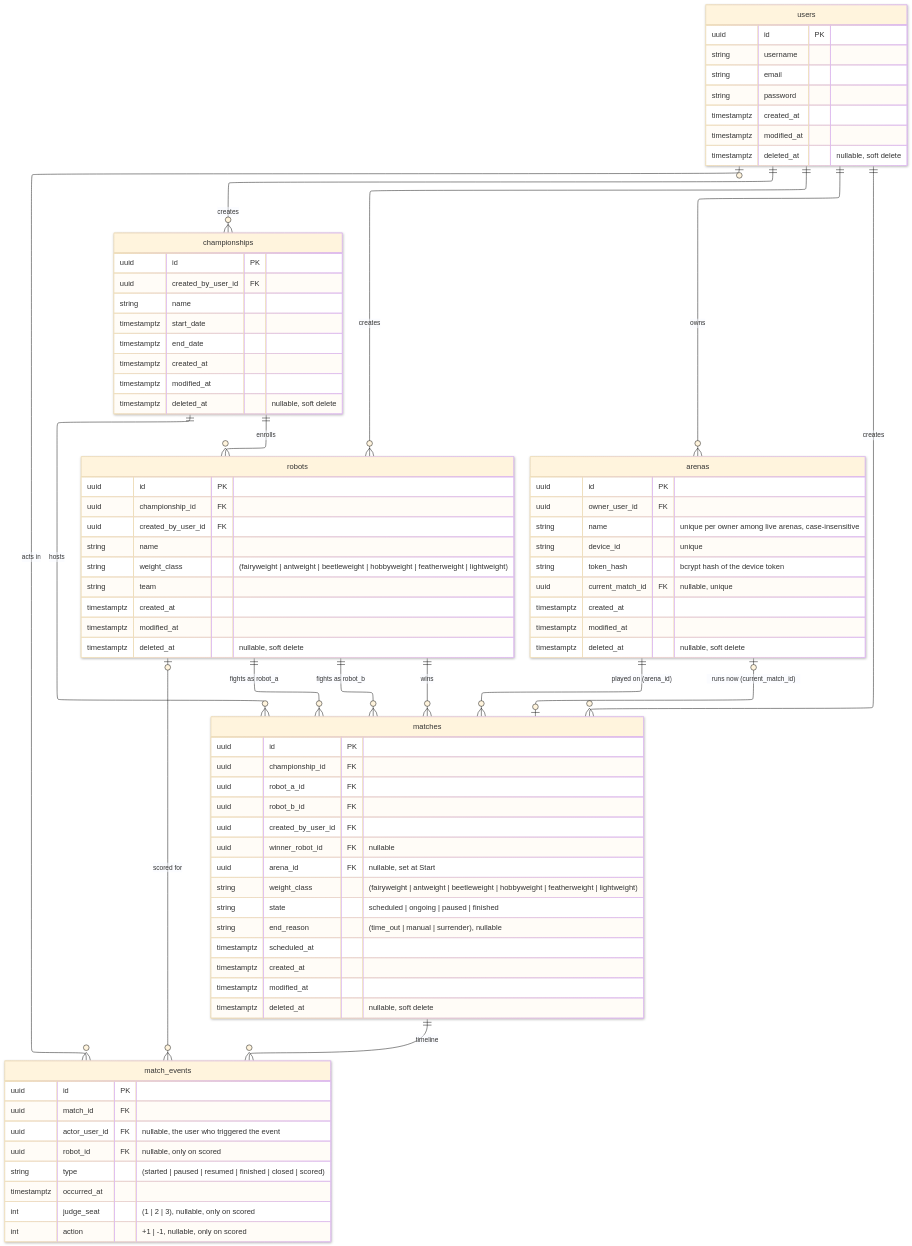
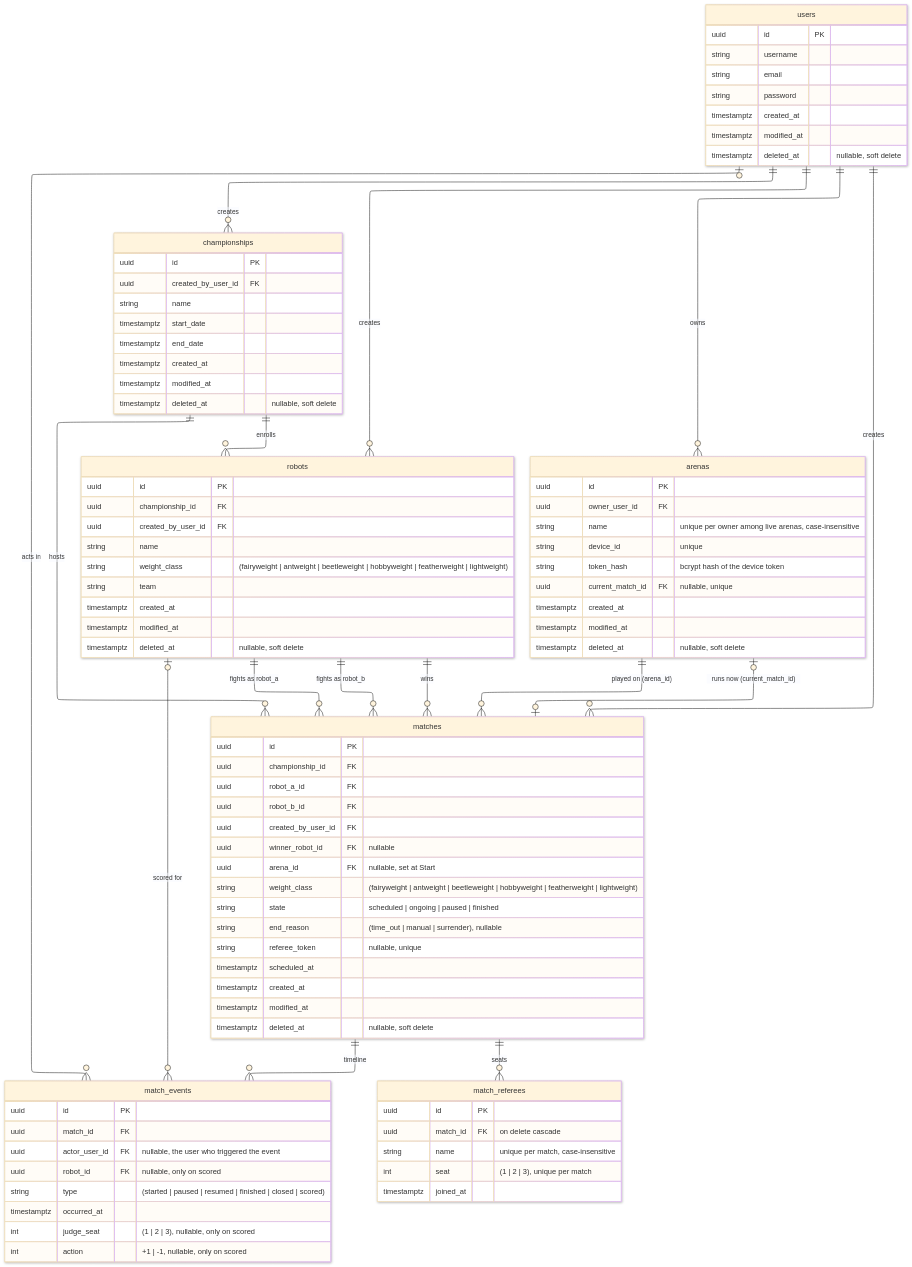
The diagram in docs/database-model.md (UTFPR-Oficinas-2/crossliseu), drawn with Mermaid (base theme) before and after one commit. The commit also changed other lines of this file and 8 other files, not shown here.

Commit message:
feat(api): referee token and seats schema (#18)

````diff
--- a/docs/database-model.md
+++ b/docs/database-model.md
@@ -41,6 +41,7 @@
   users ||--o{ robots : creates
   users ||--o{ arenas : owns
   matches ||--o{ match_events : "timeline"
+  matches ||--o{ match_referees : "seats"
   users |o--o{ match_events : "acts in"
   robots |o--o{ match_events : "scored for"
   robots ||--o{ matches : "wins"
@@ -88,6 +89,7 @@
     string weight_class "(fairyweight | antweight | beetleweight | hobbyweight | featherweight | lightweight)"
     string state "scheduled | ongoing | paused | finished"
     string end_reason "(time_out | manual | surrender), nullable"
+    string referee_token "nullable, unique"
     timestamptz scheduled_at
     timestamptz created_at
     timestamptz modified_at
@@ -114,4 +116,11 @@
     int judge_seat "(1 | 2 | 3), nullable, only on scored"
     int action "+1 | -1, nullable, only on scored"
   }
+  match_referees {
+    uuid id PK
+    uuid match_id FK "on delete cascade"
+    string name "unique per match, case-insensitive"
+    int seat "(1 | 2 | 3), unique per match"
+    timestamptz joined_at
+  }
 ```
````
